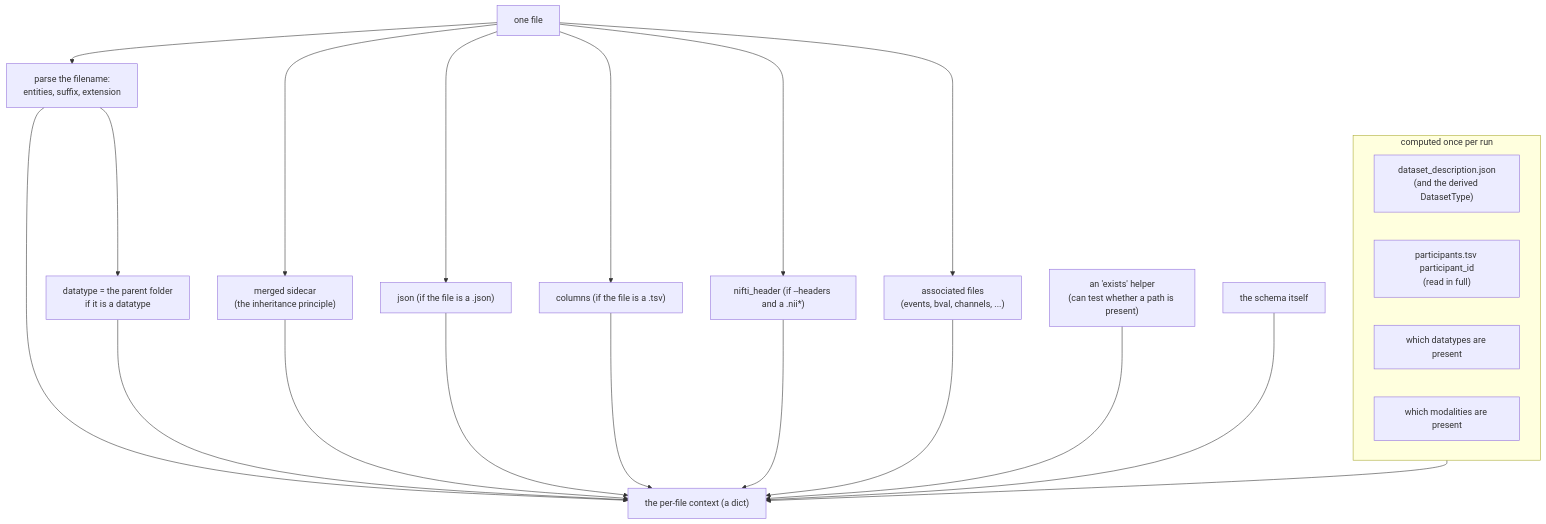
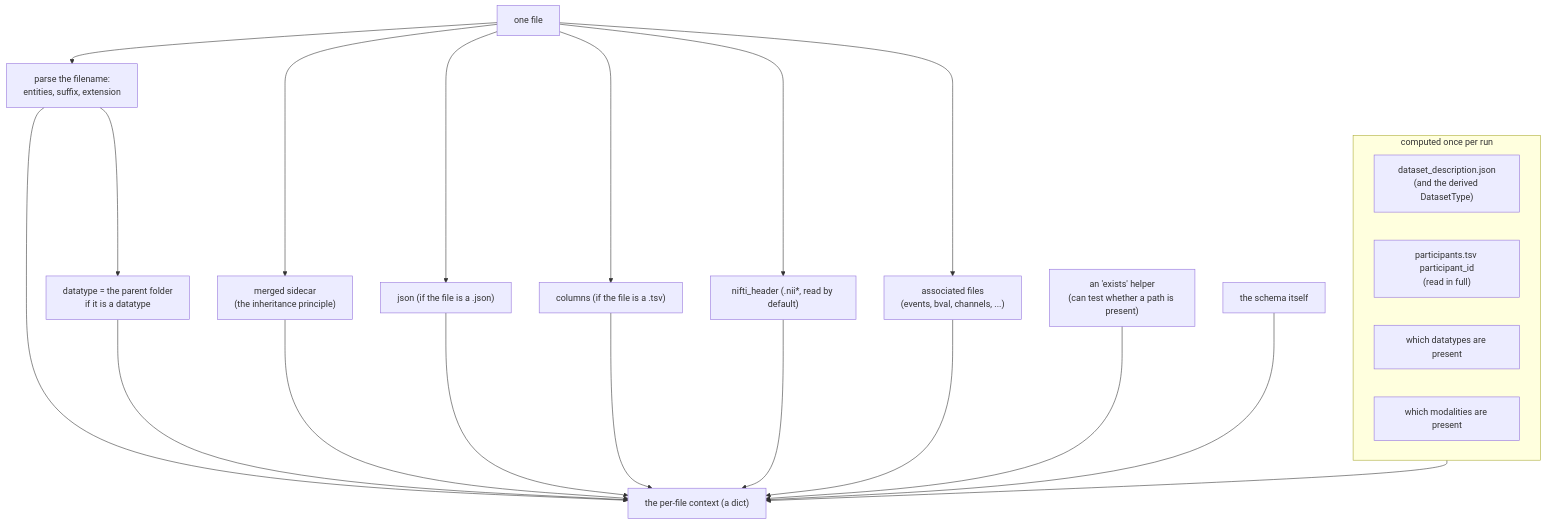
One commit to karellopez/bidsval changed the ninth of 16 diagrams in docs/internals.md. Above: the diagram before and after it, drawn with Mermaid. The commit also changed other lines of this file and 7 other files, not shown here.

````diff
--- a/docs/internals.md
+++ b/docs/internals.md
@@ -506,26 +506,26 @@
 ```mermaid
 flowchart TD
     subgraph ONCE["computed once per run"]
         DD["dataset_description.json<br/>(and the derived DatasetType)"]
         PART["participants.tsv participant_id<br/>(read in full)"]
         DTS["which datatypes are present"]
         MODS["which modalities are present"]
     end
     F["one file"] --> PARSE["parse the filename:<br/>entities, suffix, extension"]
     PARSE --> DT["datatype = the parent folder<br/>if it is a datatype"]
     F --> SIDE["merged sidecar<br/>(the inheritance principle)"]
     F --> JSONC["json (if the file is a .json)"]
     F --> COLS["columns (if the file is a .tsv)"]
-    F --> NIFTI["nifti_header (if --headers and a .nii*)"]
+    F --> NIFTI["nifti_header (.nii*, read by default)"]
     F --> ASSOC["associated files<br/>(events, bval, channels, ...)"]
     PARSE --> CTX["the per-file context (a dict)"]
     DT --> CTX
     SIDE --> CTX
     JSONC --> CTX
     COLS --> CTX
     NIFTI --> CTX
     ASSOC --> CTX
     ONCE --> CTX
     EXRES["an 'exists' helper<br/>(can test whether a path is present)"] --> CTX
     SCH["the schema itself"] --> CTX
 ```
````
